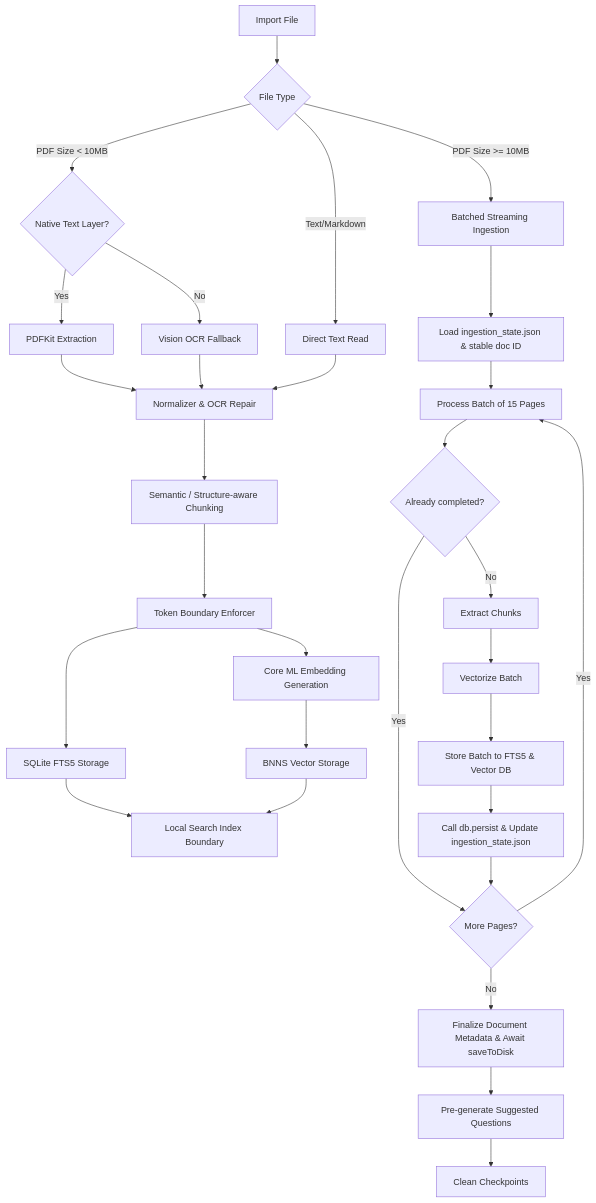
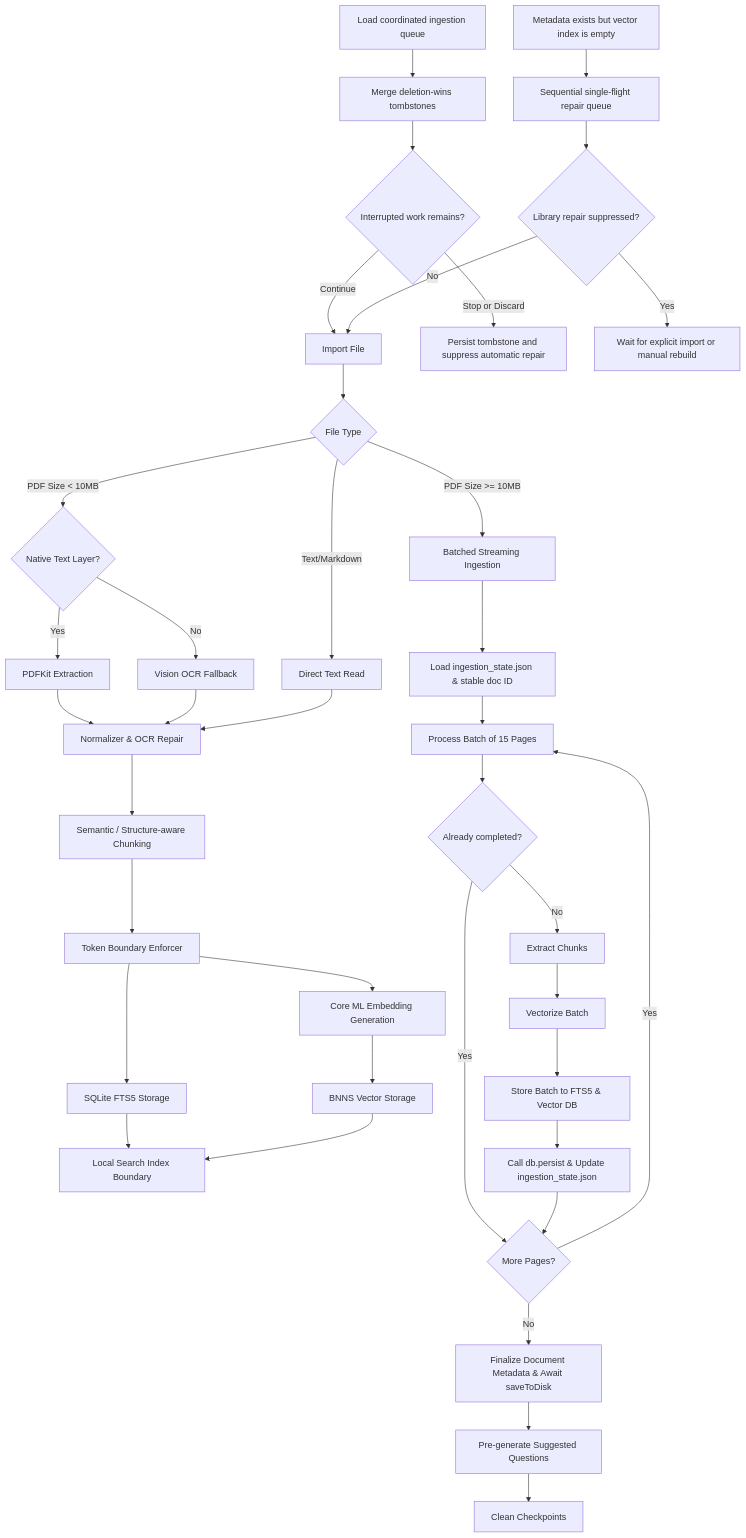
One commit to Gunnarguy/OpenIntelligence changed the diagram in Docs/INGESTION_PIPELINE.md. Above: the diagram before and after it, drawn with Mermaid. The commit also changed other lines of this file and 15 other files, not shown here.

Commit message:
fix(ingestion): make queue dismissal authoritative

````diff
--- a/Docs/INGESTION_PIPELINE.md
+++ b/Docs/INGESTION_PIPELINE.md
@@ -14,33 +14,41 @@
 ```mermaid
 flowchart TD
+    QLOAD[Load coordinated ingestion queue] --> QMERGE[Merge deletion-wins tombstones]
+    QMERGE --> QDECIDE{Interrupted work remains?}
+    QDECIDE -- Continue --> A
+    QDECIDE -- Stop or Discard --> QTOMB[Persist tombstone and suppress automatic repair]
+    EMPTY[Metadata exists but vector index is empty] --> SINGLE[Sequential single-flight repair queue]
+    SINGLE --> SUPPRESSED{Library repair suppressed?}
+    SUPPRESSED -- Yes --> WAIT[Wait for explicit import or manual rebuild]
+    SUPPRESSED -- No --> A
     A[Import File] --> B{File Type}
     B -- PDF Size < 10MB --> C{Native Text Layer?}
     B -- PDF Size >= 10MB --> STREAM[Batched Streaming Ingestion]
     C -- Yes --> D[PDFKit Extraction]
     C -- No --> E[Vision OCR Fallback]
     B -- Text/Markdown --> F[Direct Text Read]
     D --> G[Normalizer & OCR Repair]
     E --> G
     F --> G
     G --> H[Semantic / Structure-aware Chunking]
     H --> I[Token Boundary Enforcer]
     I --> J[SQLite FTS5 Storage]
     I --> K[Core ML Embedding Generation]
     K --> L[BNNS Vector Storage]
     J --> LOCAL[Local Search Index Boundary]
     L --> LOCAL
     
     STREAM --> STATE[Load ingestion_state.json & stable doc ID]
     STATE --> S1[Process Batch of 15 Pages]
     S1 --> SKIP{Already completed?}
     SKIP -- Yes --> NEXT_BATCH{More Pages?}
     SKIP -- No --> S2[Extract Chunks]
     S2 --> S3[Vectorize Batch]
     S3 --> S4[Store Batch to FTS5 & Vector DB]
     S4 --> S5[Call db.persist & Update ingestion_state.json]
     S5 --> NEXT_BATCH
     NEXT_BATCH -- Yes --> S1
     NEXT_BATCH -- No --> S6[Finalize Document Metadata & Await saveToDisk]
     S6 --> S7[Pre-generate Suggested Questions]
     S7 --> S8[Clean Checkpoints]
 ```
````
